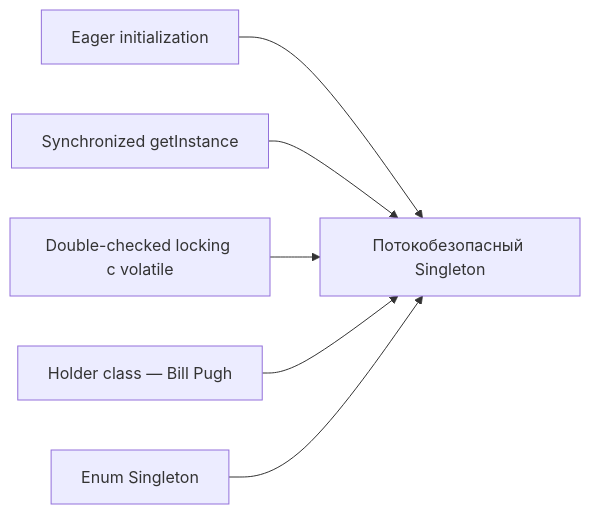
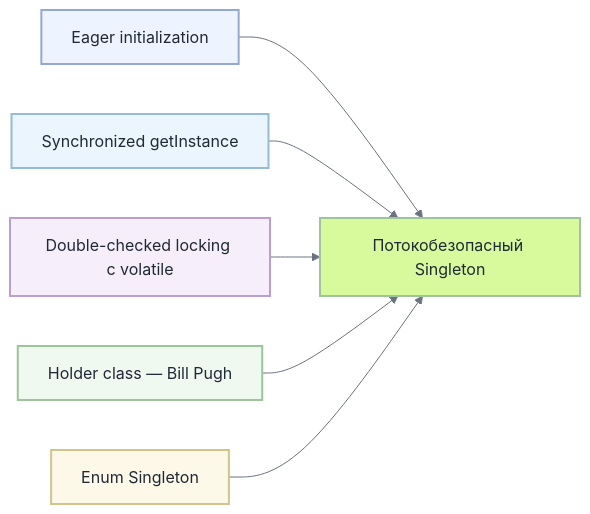
One commit to MishaSytch/middle_java_back changed the fourth of 16 diagrams in docs/interview/design-patterns.md. Above: the diagram before and after it, drawn with Mermaid. The commit also changed other lines of this file and 15 other files, not shown here.

````diff
--- a/docs/interview/design-patterns.md
+++ b/docs/interview/design-patterns.md
@@ -75,8 +122,21 @@
 ```mermaid
+%%{init: { 'theme': 'neutral', 'themeVariables': { 'primaryColor': '#ffffff', 'primaryTextColor': '#1f2937', 'lineColor': '#6b7280', 'primaryBorderColor': '#d1d5db', 'secondaryColor': '#f3f4f6', 'tertiaryColor': '#e5e7eb' } } }%%
 flowchart LR
     A[Eager initialization] --> S[Потокобезопасный Singleton]
     B[Synchronized getInstance] --> S
     C[Double-checked locking с volatile] --> S
     D[Holder class — Bill Pugh] --> S
     E[Enum Singleton] --> S
+    classDef n0 fill:#eef4ff,stroke:#93a8d4,stroke-width:2px,color:#1f2937
+    classDef n1 fill:#eaf5fd,stroke:#94bcd8,stroke-width:2px,color:#1f2937
+    classDef n2 fill:#f6eefa,stroke:#bb9ed4,stroke-width:2px,color:#1f2937
+    classDef n3 fill:#f0f9ef,stroke:#9dc49a,stroke-width:2px,color:#1f2937
+    classDef n4 fill:#fdf9e8,stroke:#d4c38a,stroke-width:2px,color:#1f2937
+    classDef n5 fill:#d9f99d,stroke:#9dc49a,stroke-width:2px,color:#1f2937
+    class A n0
+    class B n1
+    class C n2
+    class D n3
+    class E n4
+    class S n5
 ```
````
